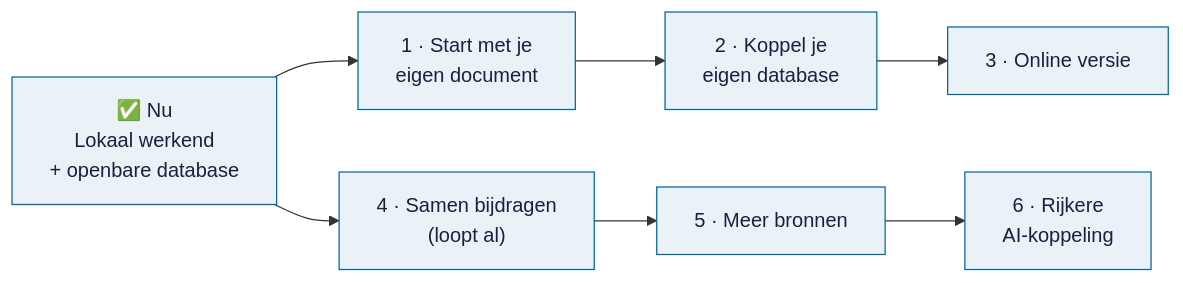
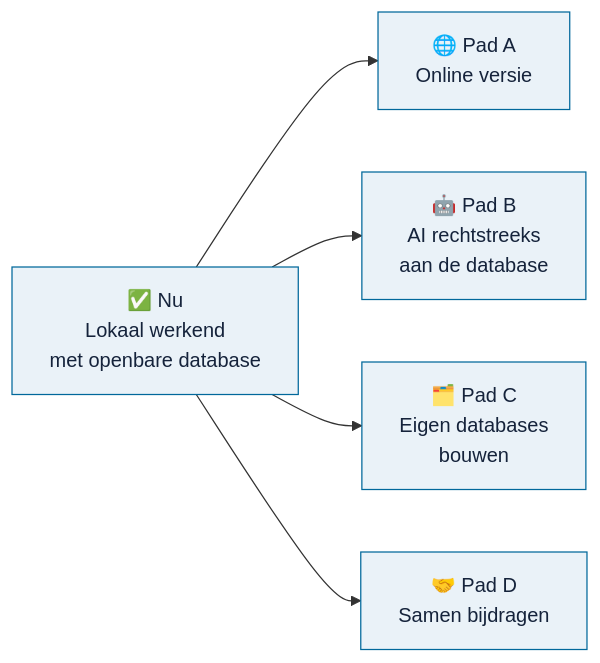
The diagram in docs/routekaart.md (Robert-Worm/omnibus), drawn with Mermaid before and after one commit. The commit also changed other lines of this file and 54 other files, not shown here.

````diff
--- a/docs/routekaart.md
+++ b/docs/routekaart.md
@@ -9,10 +9,9 @@
 ```mermaid
 flowchart LR
-    N["✅ Nu<br/>Lokaal werkend<br/>+ openbare database"] --> S1["1 · Start met je<br/>eigen document"]
-    S1 --> S2["2 · Koppel je<br/>eigen database"]
-    S2 --> S3["3 · Online versie"]
-    N --> S4["4 · Samen bijdragen<br/>(loopt al)"]
-    S4 --> S5["5 · Meer bronnen"]
-    S5 --> S6["6 · Rijkere<br/>AI-koppeling"]
+    N["✅ Nu<br/>Lokaal werkend<br/>met openbare database"]
+    N --> A["🌐 Pad A<br/>Online versie"]
+    N --> B["🤖 Pad B<br/>AI rechtstreeks<br/>aan de database"]
+    N --> C["🗂️ Pad C<br/>Eigen databases<br/>bouwen"]
+    N --> D["🤝 Pad D<br/>Samen bijdragen"]
     classDef default fill:#eaf2f8,stroke:#01689b,color:#15233b;
 ```
````
